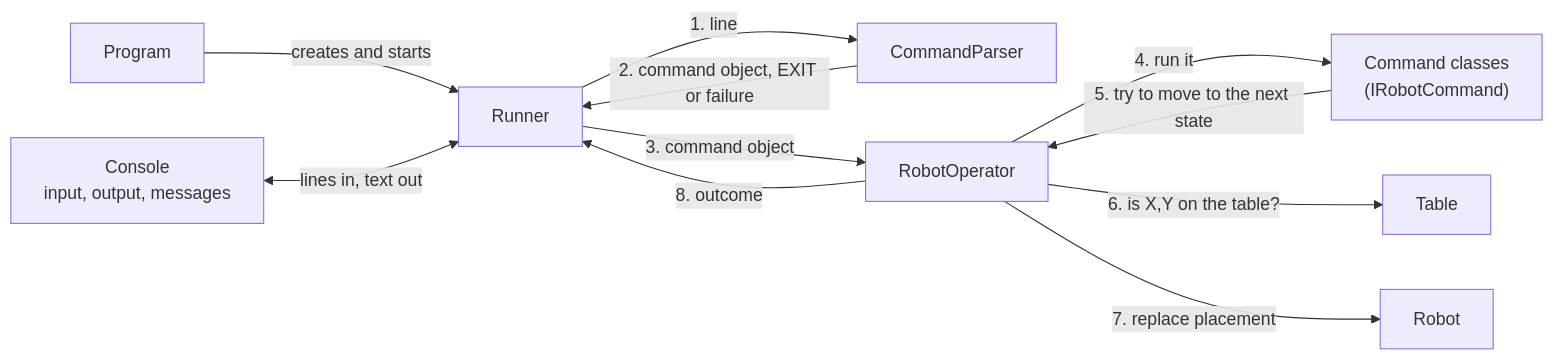
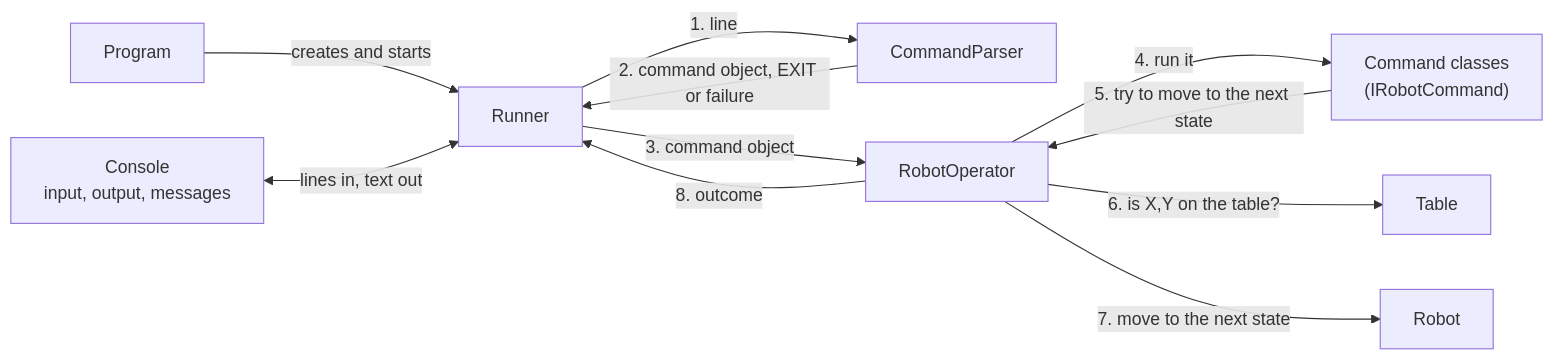
One commit to hetal-patel78/toy-robot-spec-driven changed the first of 2 diagrams in docs/solution-design/05-high-level-design.md. Above: the diagram before and after it, drawn with Mermaid. The commit also changed 18 other files, not shown here.

First line of the commit message:
Rename Robot.Replace to Robot.MoveTo and next to nextState

````diff
--- a/docs/solution-design/05-high-level-design.md
+++ b/docs/solution-design/05-high-level-design.md
@@ -11,22 +11,22 @@
 ```mermaid
 flowchart LR
     Console["Console<br>input, output, messages"]
     Program
     Runner
     CommandParser
     RobotOperator
     Commands["Command classes<br>(IRobotCommand)"]
     Table
     Robot
 
     Program -- "creates and starts" --> Runner
     Console <-->|"lines in, text out"| Runner
     Runner -- "1. line" --> CommandParser
     CommandParser -- "2. command object, EXIT or failure" --> Runner
     Runner -- "3. command object" --> RobotOperator
     RobotOperator -- "4. run it" --> Commands
     Commands -- "5. try to move to the next state" --> RobotOperator
     RobotOperator -- "6. is X,Y on the table?" --> Table
-    RobotOperator -- "7. replace placement" --> Robot
+    RobotOperator -- "7. move to the next state" --> Robot
     RobotOperator -- "8. outcome" --> Runner
 ```
````
